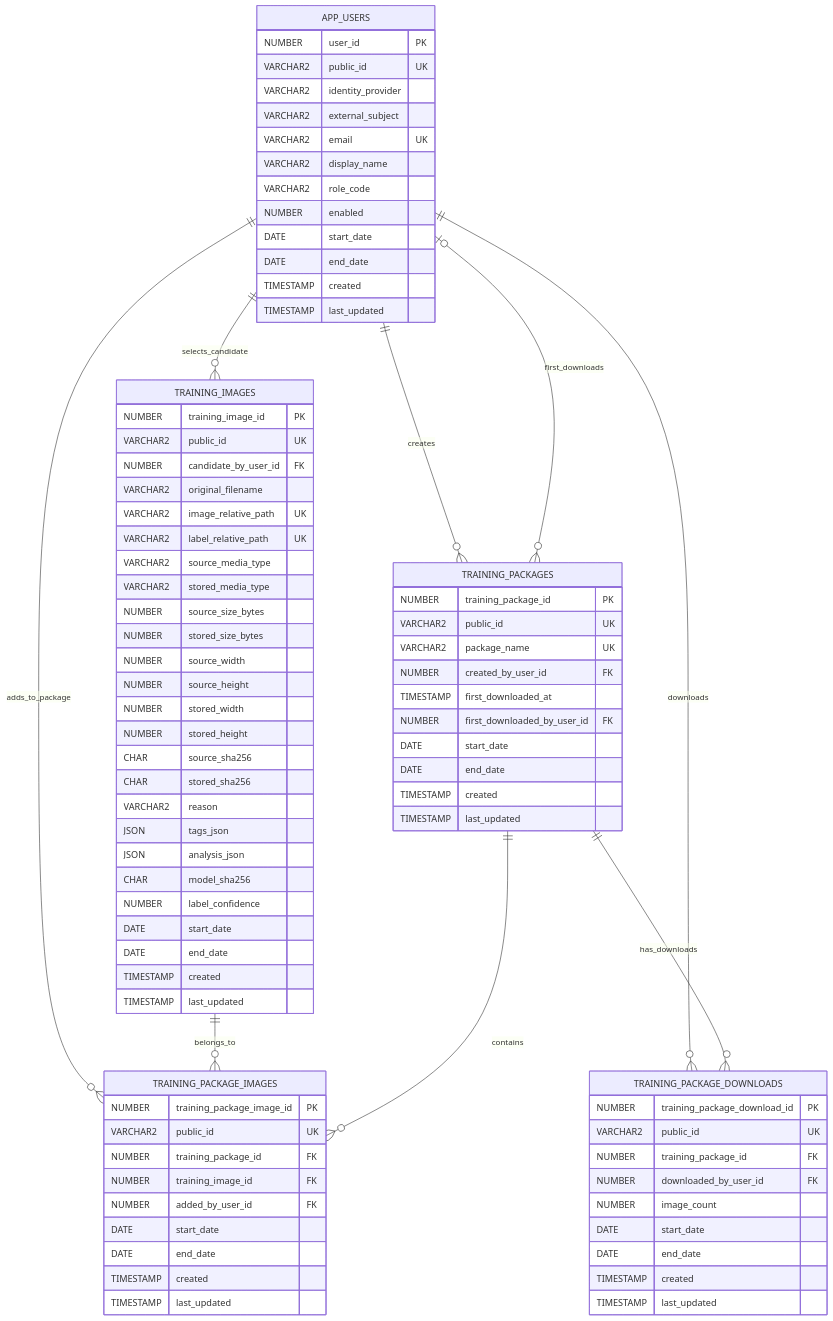
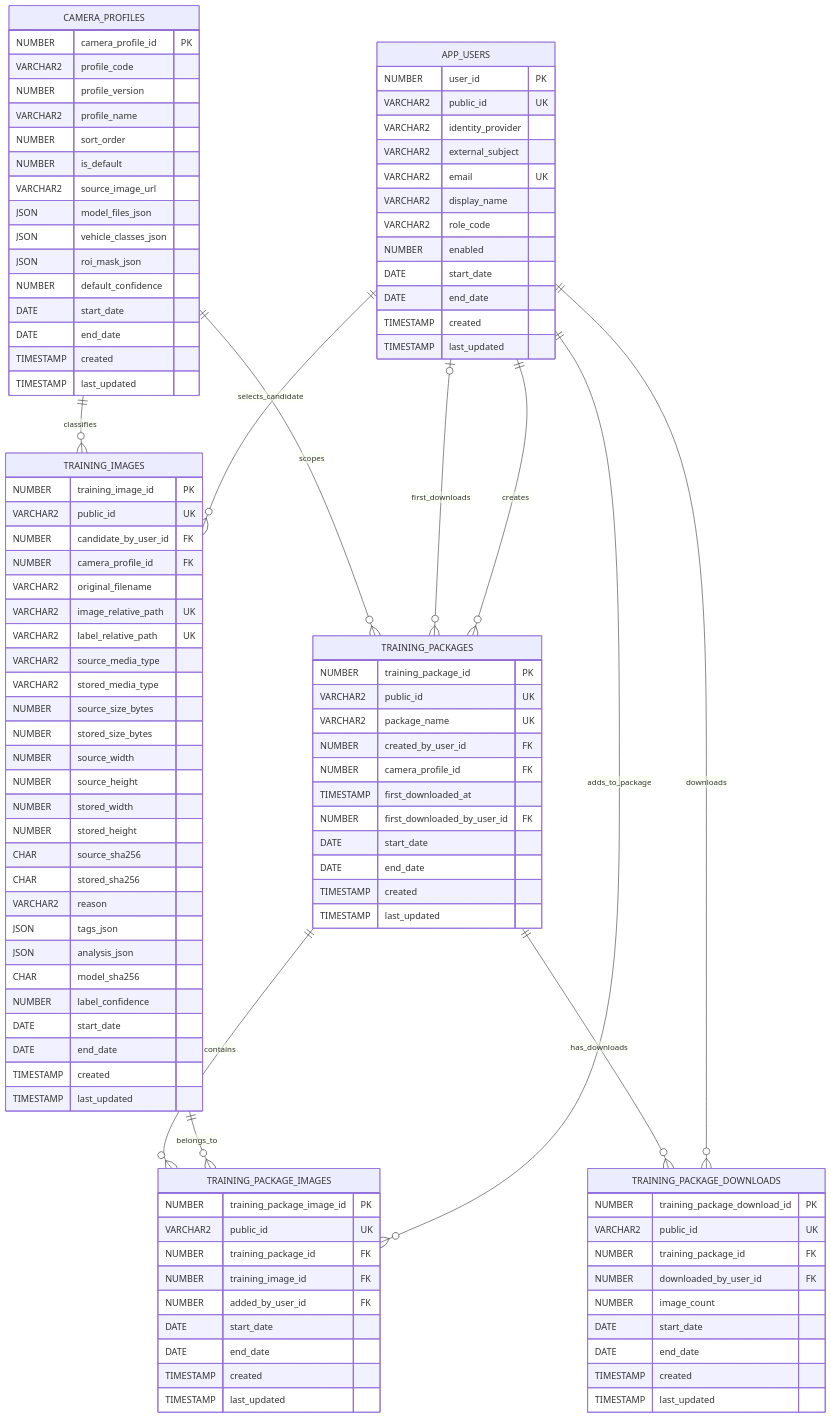
Before and after one commit to alarj/liiklus: the diagram in db/erd.md, drawn with Mermaid. The commit also changed other lines of this file and 15 other files, not shown here.

```diff
--- a/db/erd.md
+++ b/db/erd.md
@@ -14,6 +15,9 @@
     APP_USERS o|--o{ TRAINING_PACKAGES : first_downloads
     APP_USERS ||--o{ TRAINING_PACKAGE_IMAGES : adds_to_package
     APP_USERS ||--o{ TRAINING_PACKAGE_DOWNLOADS : downloads
+
+    CAMERA_PROFILES ||--o{ TRAINING_IMAGES : classifies
+    CAMERA_PROFILES ||--o{ TRAINING_PACKAGES : scopes
 
     TRAINING_IMAGES ||--o{ TRAINING_PACKAGE_IMAGES : belongs_to
     TRAINING_PACKAGES ||--o{ TRAINING_PACKAGE_IMAGES : contains
@@ -34,10 +38,29 @@
         TIMESTAMP last_updated
     }
 
+    CAMERA_PROFILES {
+        NUMBER camera_profile_id PK
+        VARCHAR2 profile_code
+        NUMBER profile_version
+        VARCHAR2 profile_name
+        NUMBER sort_order
+        NUMBER is_default
+        VARCHAR2 source_image_url
+        JSON model_files_json
+        JSON vehicle_classes_json
+        JSON roi_mask_json
+        NUMBER default_confidence
+        DATE start_date
+        DATE end_date
+        TIMESTAMP created
+        TIMESTAMP last_updated
+    }
+
     TRAINING_IMAGES {
         NUMBER training_image_id PK
         VARCHAR2 public_id UK
         NUMBER candidate_by_user_id FK
+        NUMBER camera_profile_id FK
         VARCHAR2 original_filename
         VARCHAR2 image_relative_path UK
         VARCHAR2 label_relative_path UK
@@ -67,6 +90,7 @@
         VARCHAR2 public_id UK
         VARCHAR2 package_name UK
         NUMBER created_by_user_id FK
+        NUMBER camera_profile_id FK
         TIMESTAMP first_downloaded_at
         NUMBER first_downloaded_by_user_id FK
         DATE start_date
```
